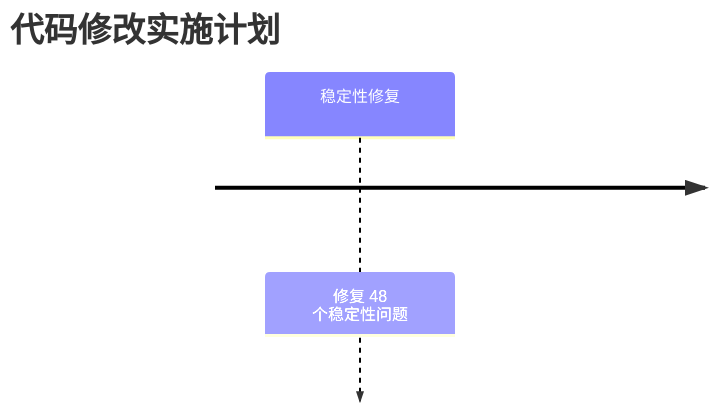
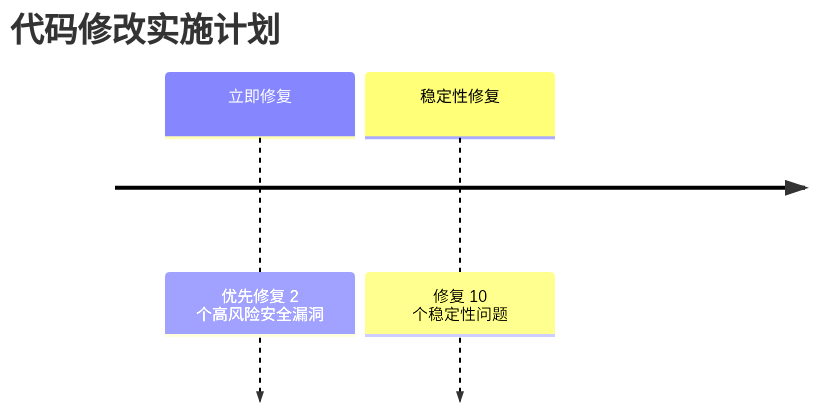
One commit to Lelouch-7/Legacy-Code-Analyzer-and-Optimizer changed the fourth of 12 diagrams in legacy-code-analyzer/self-evaluation-report.md. Above: the diagram before and after it, drawn with Mermaid. The commit also changed other lines of this file and 10 other files, not shown here.

````diff
--- a/legacy-code-analyzer/self-evaluation-report.md
+++ b/legacy-code-analyzer/self-evaluation-report.md
@@ -154,6 +147,7 @@
 ```mermaid
 timeline
     title 代码修改实施计划
-    稳定性修复 : 修复 48 个稳定性问题
+    立即修复 : 优先修复 2 个高风险安全漏洞
+    稳定性修复 : 修复 10 个稳定性问题
 
 ```
````
